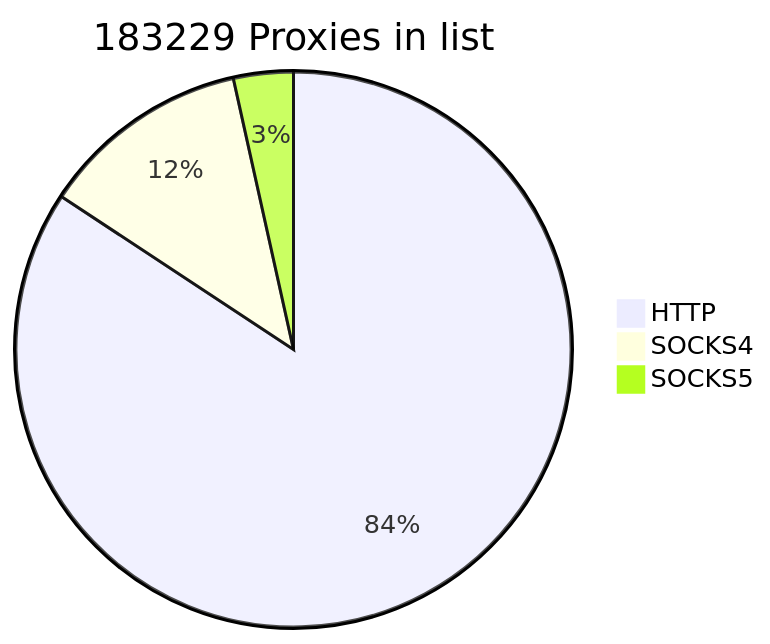
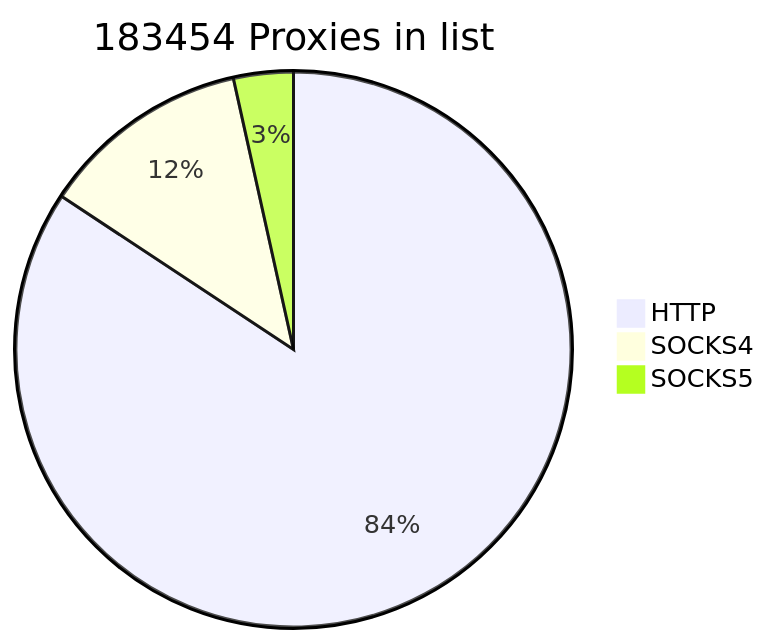
One commit to cutipu/proxylist changed the first of 2 diagrams in README.md. Above: the diagram before and after it, drawn with Mermaid. The commit also changed other lines of this file, not shown here.

````diff
--- a/README.md
+++ b/README.md
@@ -2,7 +2,7 @@
 ```mermaid
-pie title 183229 Proxies in list
-    "HTTP" : 154416
+pie title 183454 Proxies in list
+    "HTTP" : 154641
     "SOCKS4" : 22442
     "SOCKS5" : 6371
             
 ```
````
